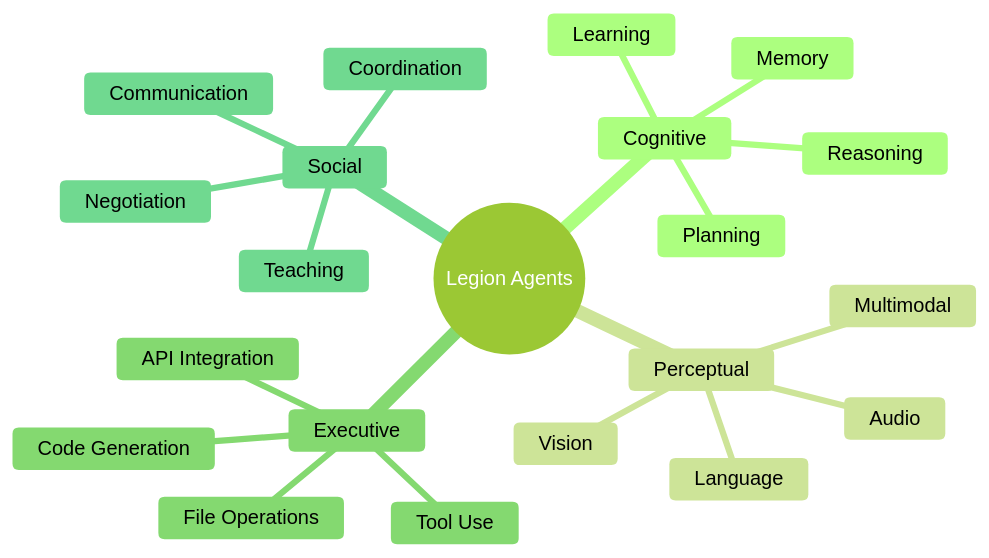
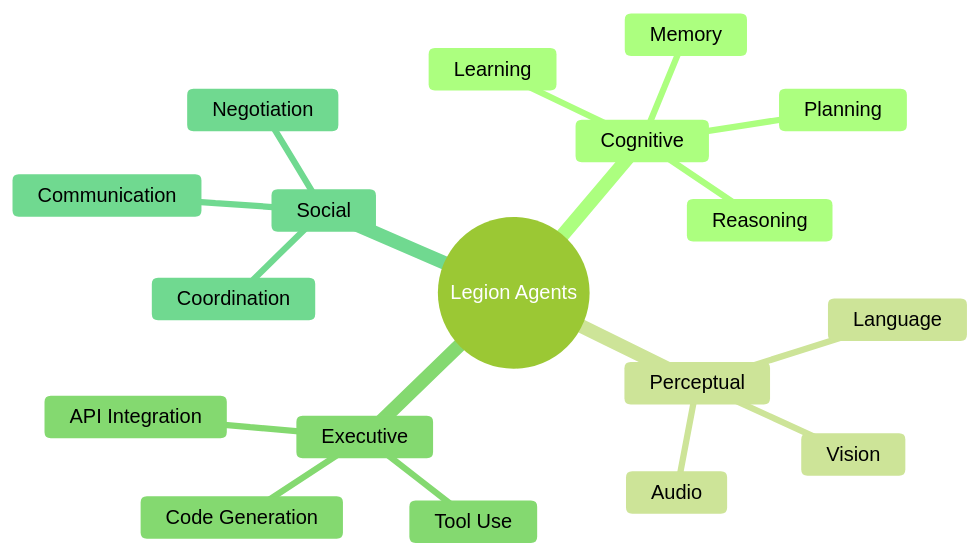
The fifth of 7 diagrams in Tests/fixtures/agi-hive-mind-research.md (Ladas/MarkdownViewer), drawn with Mermaid (forest theme) before and after one commit. The commit also changed other lines of this file and 1 other file, not shown here.

````diff
--- a/Tests/fixtures/agi-hive-mind-research.md
+++ b/Tests/fixtures/agi-hive-mind-research.md
@@ -163,24 +162,21 @@
 ```mermaid
 mindmap
   root((Legion Agents))
     Cognitive
       Reasoning
       Planning
       Learning
       Memory
     Perceptual
       Vision
       Language
       Audio
-      Multimodal
     Executive
       Code Generation
       Tool Use
       API Integration
-      File Operations
     Social
       Communication
       Negotiation
-      Teaching
       Coordination
 ```
````
